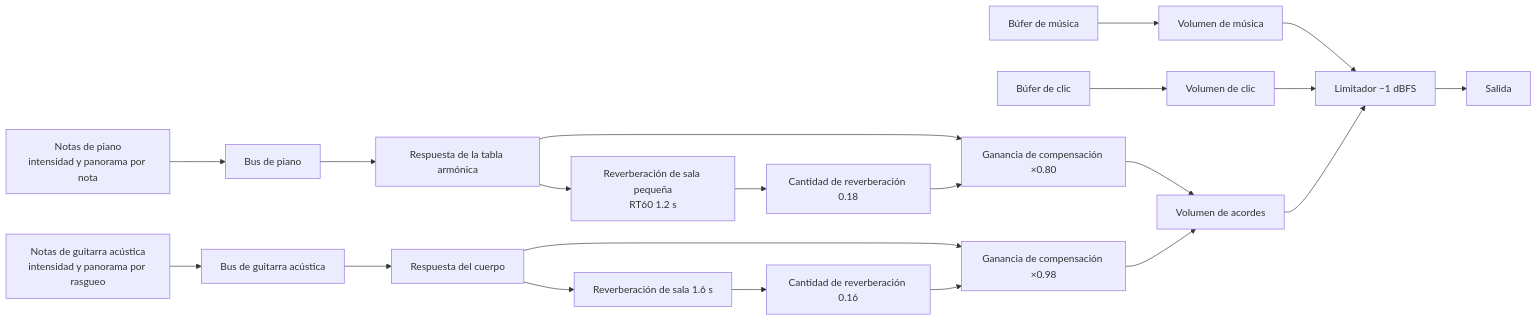
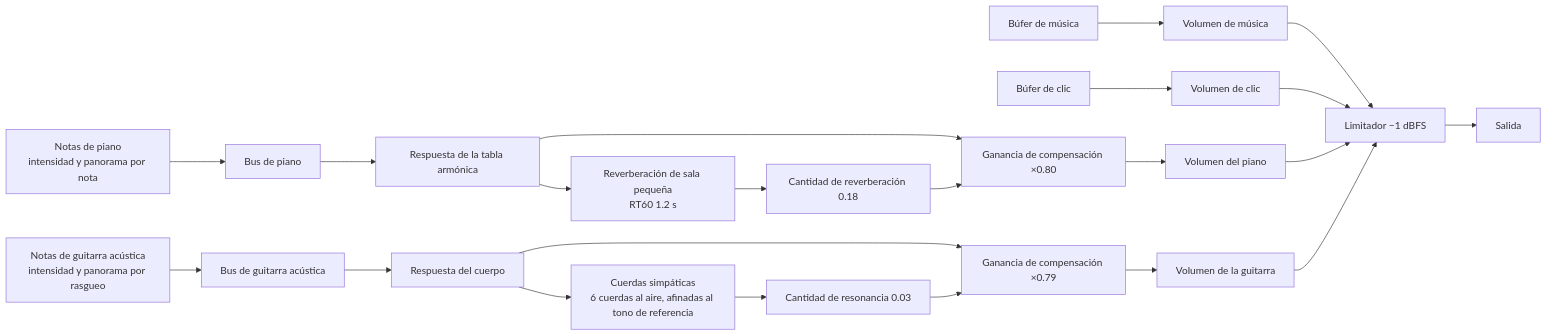
One commit to Velvitty/Chordity changed the third of 3 diagrams in README.es.md. Above: the diagram before and after it, drawn with Mermaid. The commit also changed other lines of this file and 9 other files, not shown here.

````diff
--- a/README.es.md
+++ b/README.es.md
@@ -1419,17 +1419,18 @@
 ```mermaid
 flowchart LR
   M["Búfer de música"] --> GM["Volumen de música"]
   C["Búfer de clic"] --> GC["Volumen de clic"]
   P["Notas de piano<br/>intensidad y panorama por nota"] --> PB["Bus de piano"] --> SB["Respuesta de la tabla armónica"]
   SB --> MP["Ganancia de compensación ×0.80"]
   SB --> RP["Reverberación de sala pequeña<br/>RT60 1.2 s"] --> WP["Cantidad de reverberación 0.18"] --> MP
   G["Notas de guitarra acústica<br/>intensidad y panorama por rasgueo"] --> GB["Bus de guitarra acústica"] --> BD["Respuesta del cuerpo"]
-  BD --> MG["Ganancia de compensación ×0.98"]
-  BD --> RG["Reverberación de sala 1.6 s"] --> WG["Cantidad de reverberación 0.16"] --> MG
-  MP --> GP["Volumen de acordes"]
-  MG --> GP
+  BD --> MG["Ganancia de compensación ×0.79"]
+  BD --> RG["Cuerdas simpáticas<br/>6 cuerdas al aire, afinadas al tono de referencia"] --> WG["Cantidad de resonancia 0.03"] --> MG
+  MP --> GP["Volumen del piano"]
+  MG --> GG["Volumen de la guitarra"]
   GM --> L["Limitador −1 dBFS"]
   GC --> L
   GP --> L
+  GG --> L
   L --> O["Salida"]
 ```
````
